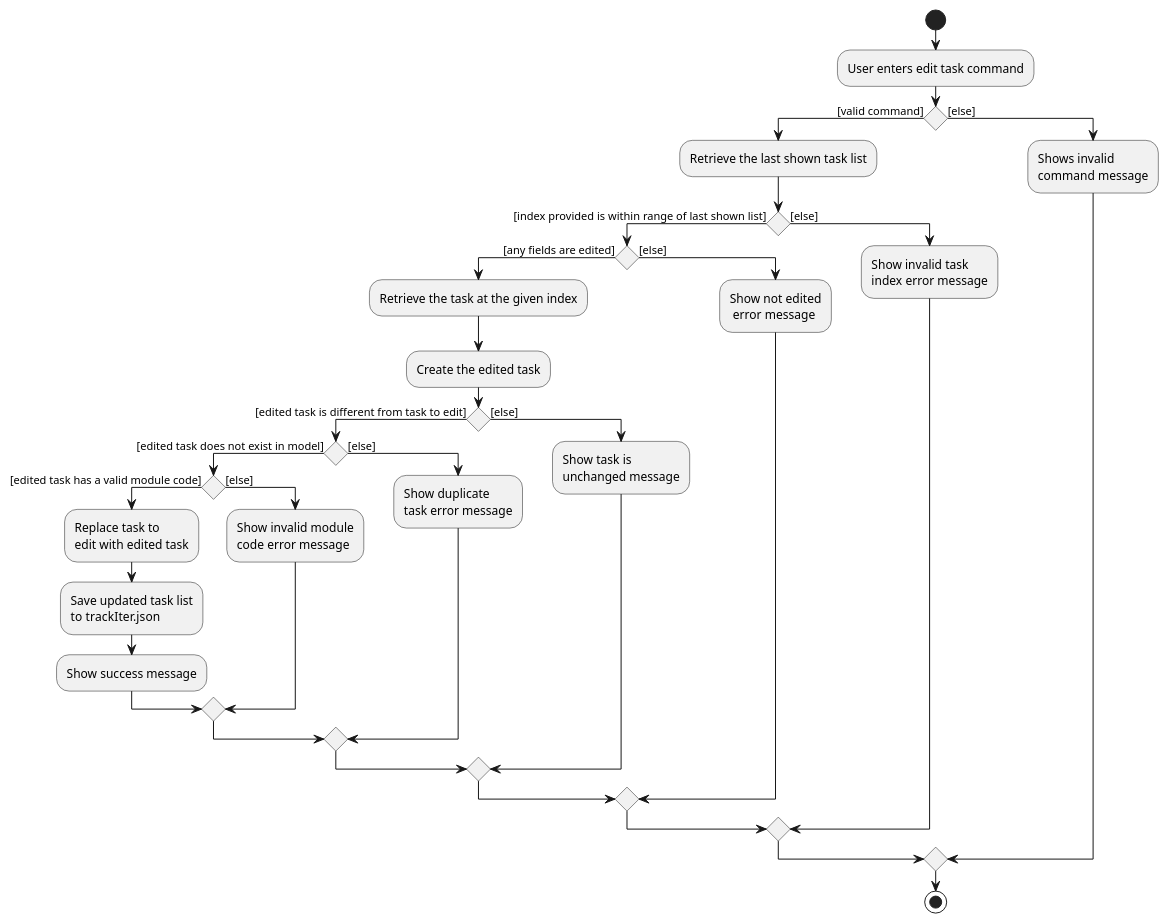
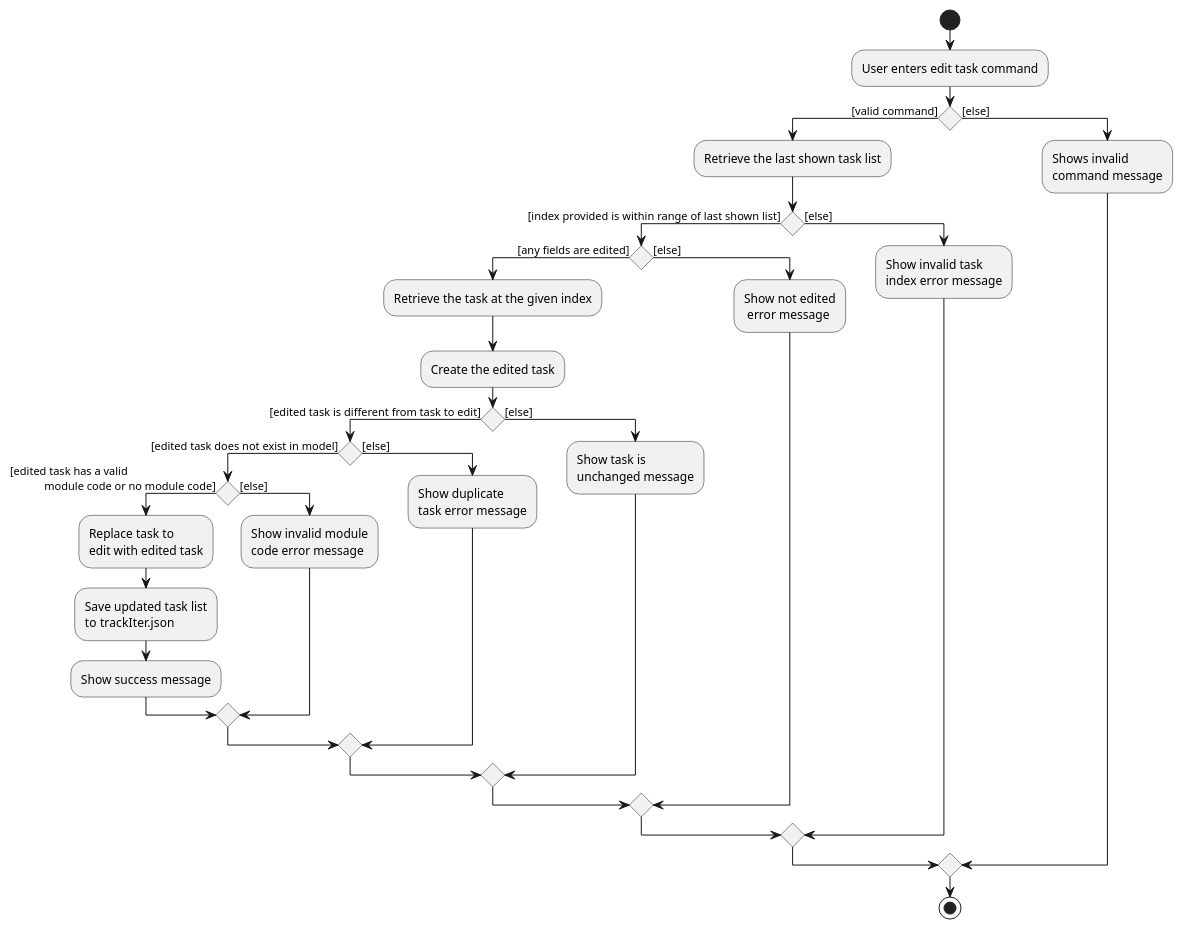
One commit to simonteozw/tp changed the diagram in docs/diagrams/EditTaskCommandActivityDiagram.puml. Above: the diagram before and after it, drawn with PlantUML. The commit also changed 10 other files, not shown here.

Commit message:
Improve sequence diagrams

```diff
--- a/docs/diagrams/EditTaskCommandActivityDiagram.puml
+++ b/docs/diagrams/EditTaskCommandActivityDiagram.puml
@@ -1,48 +1,49 @@
 @startuml
 start
 :User enters edit task command;
 
 'Since the beta syntax does not support placing the condition outside the
 'diamond we place it as the true branch instead.
 
 if () then ([valid command])
     :Retrieve the last shown task list;
     if () then ([index provided is within range of last shown list])
         if () then ([any fields are edited])
             :Retrieve the task at the given index;
             :Create the edited task;
             if () then ([edited task is different from task to edit])
             if () then ([edited task does not exist in model])
-            if () then ([edited task has a valid module code])
+            if () then ([edited task has a valid
+            module code or no module code])
             :Replace task to
             edit with edited task;
             :Save updated task list
             to trackIter.json;
             :Show success message;
             else ([else])
             :Show invalid module
             code error message;
             endif
             else ([else])
             :Show duplicate
             task error message;
             endif
             else ([else])
             :Show task is
             unchanged message;
             endif
         else ([else])
             :Show not edited
              error message;
         endif
 
     else ([else])
         :Show invalid task
         index error message;
     endif
 else ([else])
     :Shows invalid
     command message;
 endif
 stop
 @enduml
```
